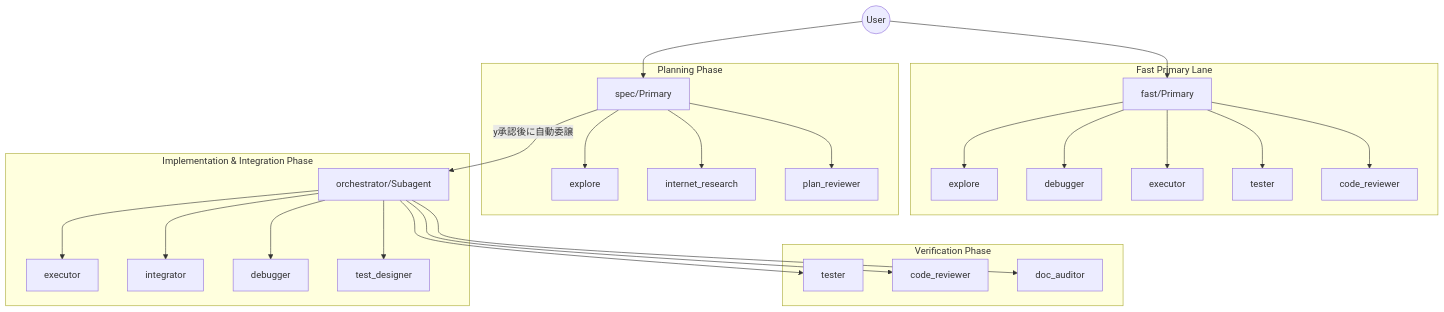
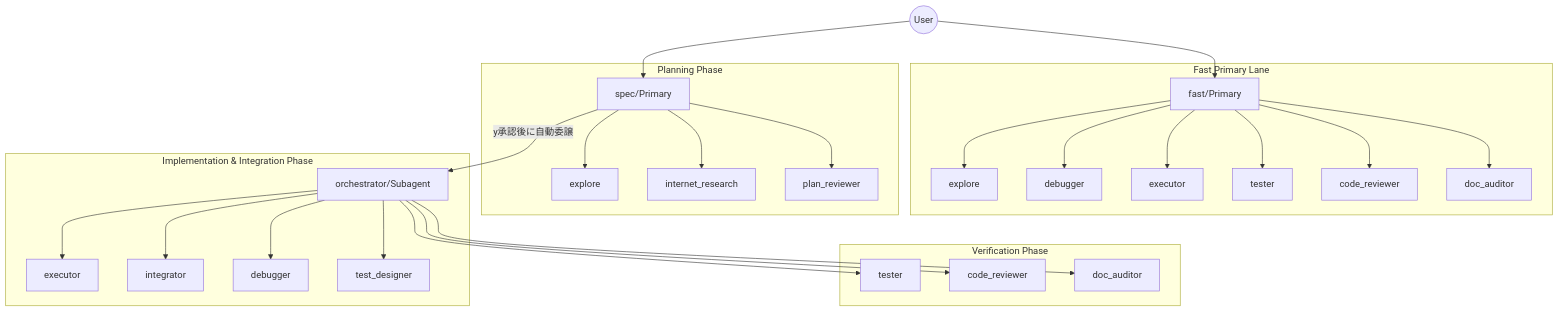
Before and after one commit to 50ki-1706/prompts: the diagram in opencode/README.md, drawn with Mermaid. The commit also changed other lines of this file and 2 other files, not shown here.

Commit message:
update:fast agent

````diff
--- a/opencode/README.md
+++ b/opencode/README.md
@@ -97,34 +97,35 @@
 ```mermaid
 graph TD
     User((User)) --> fast[fast/Primary]
     User((User)) --> spec[spec/Primary]
     
     subgraph Fast Primary Lane
         fast --> explore_fast[explore]
         fast --> debugger_fast[debugger]
         fast --> exec_fast[executor]
         fast --> tester_fast[tester]
         fast --> review_fast[code_reviewer]
+        fast --> doc_aud_fast[doc_auditor]
     end
     
     subgraph Planning Phase
         spec --> explore[explore]
         spec --> research[internet_research]
         spec --> plan_rev[plan_reviewer]
     end
     
     spec -- "y承認後に自動委譲" --> orch[orchestrator/Subagent]
     
     subgraph Implementation & Integration Phase
         orch --> exec[executor]
         orch --> integ[integrator]
         orch --> debugger[debugger]
         orch --> test_des[test_designer]
     end
     
     subgraph Verification Phase
         orch --> tester[tester]
         orch --> code_rev[code_reviewer]
         orch --> doc_aud[doc_auditor]
     end
 ```
````
